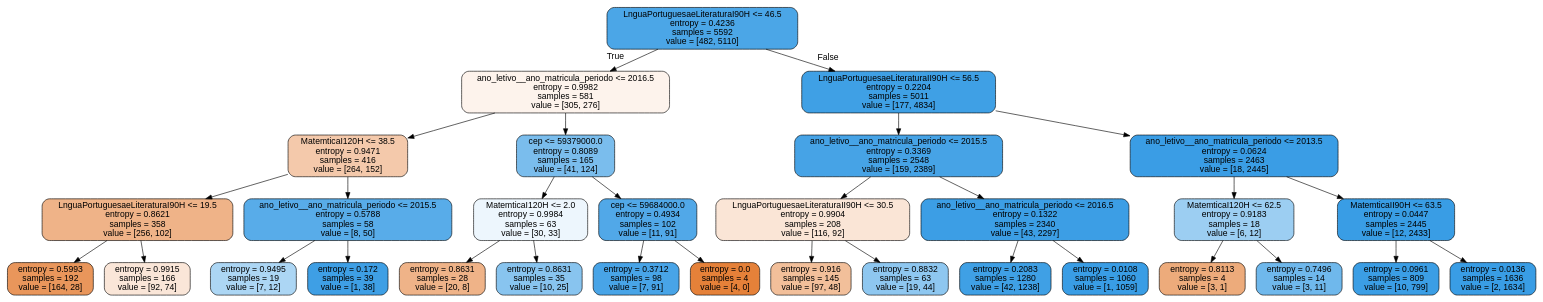
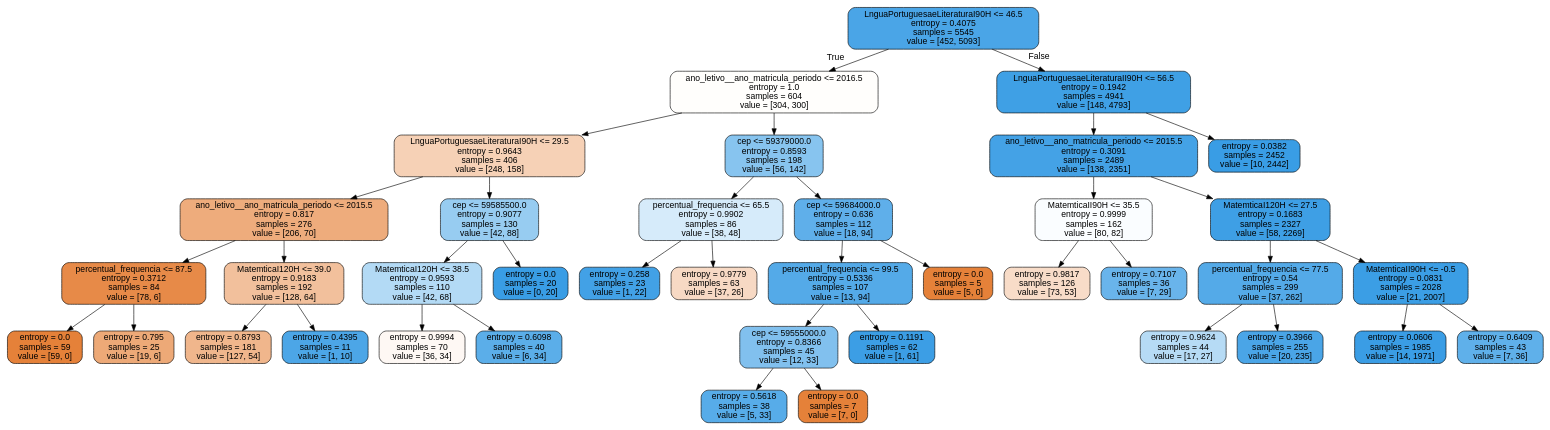
The diagram in versao_2/tree_red.dot (tmedeirosb/modelo_ifrn_integrado), drawn with Graphviz before and after one commit. The commit also changed 7 other files, not shown here.

```diff
--- a/versao_2/tree_red.dot
+++ b/versao_2/tree_red.dot
@@ -1,65 +1,81 @@
 digraph Tree {
 node [shape=box, style="filled, rounded", color="black", fontname=helvetica] ;
 edge [fontname=helvetica] ;
-0 [label="LnguaPortuguesaeLiteraturaI90H <= 46.5\nentropy = 0.4236\nsamples = 5592\nvalue = [482, 5110]", fillcolor="#399de5e7"] ;
-1 [label="ano_letivo__ano_matricula_periodo <= 2016.5\nentropy = 0.9982\nsamples = 581\nvalue = [305, 276]", fillcolor="#e5813918"] ;
+0 [label="LnguaPortuguesaeLiteraturaI90H <= 46.5\nentropy = 0.4075\nsamples = 5545\nvalue = [452, 5093]", fillcolor="#399de5e8"] ;
+1 [label="ano_letivo__ano_matricula_periodo <= 2016.5\nentropy = 1.0\nsamples = 604\nvalue = [304, 300]", fillcolor="#e5813903"] ;
 0 -> 1 [labeldistance=2.5, labelangle=45, headlabel="True"] ;
-7 [label="MatemticaI120H <= 38.5\nentropy = 0.9471\nsamples = 416\nvalue = [264, 152]", fillcolor="#e581396c"] ;
-1 -> 7 ;
-9 [label="LnguaPortuguesaeLiteraturaI90H <= 19.5\nentropy = 0.8621\nsamples = 358\nvalue = [256, 102]", fillcolor="#e5813999"] ;
-7 -> 9 ;
-13 [label="entropy = 0.5993\nsamples = 192\nvalue = [164, 28]", fillcolor="#e58139d3"] ;
-9 -> 13 ;
-14 [label="entropy = 0.9915\nsamples = 166\nvalue = [92, 74]", fillcolor="#e5813932"] ;
-9 -> 14 ;
-10 [label="ano_letivo__ano_matricula_periodo <= 2015.5\nentropy = 0.5788\nsamples = 58\nvalue = [8, 50]", fillcolor="#399de5d6"] ;
-7 -> 10 ;
-25 [label="entropy = 0.9495\nsamples = 19\nvalue = [7, 12]", fillcolor="#399de56a"] ;
-10 -> 25 ;
-26 [label="entropy = 0.172\nsamples = 39\nvalue = [1, 38]", fillcolor="#399de5f8"] ;
-10 -> 26 ;
-8 [label="cep <= 59379000.0\nentropy = 0.8089\nsamples = 165\nvalue = [41, 124]", fillcolor="#399de5ab"] ;
-1 -> 8 ;
-17 [label="MatemticaI120H <= 2.0\nentropy = 0.9984\nsamples = 63\nvalue = [30, 33]", fillcolor="#399de517"] ;
-8 -> 17 ;
-27 [label="entropy = 0.8631\nsamples = 28\nvalue = [20, 8]", fillcolor="#e5813999"] ;
-17 -> 27 ;
-28 [label="entropy = 0.8631\nsamples = 35\nvalue = [10, 25]", fillcolor="#399de599"] ;
-17 -> 28 ;
-18 [label="cep <= 59684000.0\nentropy = 0.4934\nsamples = 102\nvalue = [11, 91]", fillcolor="#399de5e0"] ;
-8 -> 18 ;
-21 [label="entropy = 0.3712\nsamples = 98\nvalue = [7, 91]", fillcolor="#399de5eb"] ;
-18 -> 21 ;
-22 [label="entropy = 0.0\nsamples = 4\nvalue = [4, 0]", fillcolor="#e58139ff"] ;
-18 -> 22 ;
-2 [label="LnguaPortuguesaeLiteraturaII90H <= 56.5\nentropy = 0.2204\nsamples = 5011\nvalue = [177, 4834]", fillcolor="#399de5f6"] ;
+9 [label="LnguaPortuguesaeLiteraturaI90H <= 29.5\nentropy = 0.9643\nsamples = 406\nvalue = [248, 158]", fillcolor="#e581395d"] ;
+1 -> 9 ;
+11 [label="ano_letivo__ano_matricula_periodo <= 2015.5\nentropy = 0.817\nsamples = 276\nvalue = [206, 70]", fillcolor="#e58139a8"] ;
+9 -> 11 ;
+15 [label="percentual_frequencia <= 87.5\nentropy = 0.3712\nsamples = 84\nvalue = [78, 6]", fillcolor="#e58139eb"] ;
+11 -> 15 ;
+35 [label="entropy = 0.0\nsamples = 59\nvalue = [59, 0]", fillcolor="#e58139ff"] ;
+15 -> 35 ;
+36 [label="entropy = 0.795\nsamples = 25\nvalue = [19, 6]", fillcolor="#e58139ae"] ;
+15 -> 36 ;
+16 [label="MatemticaI120H <= 39.0\nentropy = 0.9183\nsamples = 192\nvalue = [128, 64]", fillcolor="#e581397f"] ;
+11 -> 16 ;
+29 [label="entropy = 0.8793\nsamples = 181\nvalue = [127, 54]", fillcolor="#e5813993"] ;
+16 -> 29 ;
+30 [label="entropy = 0.4395\nsamples = 11\nvalue = [1, 10]", fillcolor="#399de5e6"] ;
+16 -> 30 ;
+12 [label="cep <= 59585500.0\nentropy = 0.9077\nsamples = 130\nvalue = [42, 88]", fillcolor="#399de585"] ;
+9 -> 12 ;
+27 [label="MatemticaI120H <= 38.5\nentropy = 0.9593\nsamples = 110\nvalue = [42, 68]", fillcolor="#399de561"] ;
+12 -> 27 ;
+37 [label="entropy = 0.9994\nsamples = 70\nvalue = [36, 34]", fillcolor="#e581390e"] ;
+27 -> 37 ;
+38 [label="entropy = 0.6098\nsamples = 40\nvalue = [6, 34]", fillcolor="#399de5d2"] ;
+27 -> 38 ;
+28 [label="entropy = 0.0\nsamples = 20\nvalue = [0, 20]", fillcolor="#399de5ff"] ;
+12 -> 28 ;
+10 [label="cep <= 59379000.0\nentropy = 0.8593\nsamples = 198\nvalue = [56, 142]", fillcolor="#399de59a"] ;
+1 -> 10 ;
+19 [label="percentual_frequencia <= 65.5\nentropy = 0.9902\nsamples = 86\nvalue = [38, 48]", fillcolor="#399de535"] ;
+10 -> 19 ;
+21 [label="entropy = 0.258\nsamples = 23\nvalue = [1, 22]", fillcolor="#399de5f3"] ;
+19 -> 21 ;
+22 [label="entropy = 0.9779\nsamples = 63\nvalue = [37, 26]", fillcolor="#e581394c"] ;
+19 -> 22 ;
+20 [label="cep <= 59684000.0\nentropy = 0.636\nsamples = 112\nvalue = [18, 94]", fillcolor="#399de5ce"] ;
+10 -> 20 ;
+23 [label="percentual_frequencia <= 99.5\nentropy = 0.5336\nsamples = 107\nvalue = [13, 94]", fillcolor="#399de5dc"] ;
+20 -> 23 ;
+31 [label="cep <= 59555000.0\nentropy = 0.8366\nsamples = 45\nvalue = [12, 33]", fillcolor="#399de5a2"] ;
+23 -> 31 ;
+33 [label="entropy = 0.5618\nsamples = 38\nvalue = [5, 33]", fillcolor="#399de5d8"] ;
+31 -> 33 ;
+34 [label="entropy = 0.0\nsamples = 7\nvalue = [7, 0]", fillcolor="#e58139ff"] ;
+31 -> 34 ;
+32 [label="entropy = 0.1191\nsamples = 62\nvalue = [1, 61]", fillcolor="#399de5fb"] ;
+23 -> 32 ;
+24 [label="entropy = 0.0\nsamples = 5\nvalue = [5, 0]", fillcolor="#e58139ff"] ;
+20 -> 24 ;
+2 [label="LnguaPortuguesaeLiteraturaII90H <= 56.5\nentropy = 0.1942\nsamples = 4941\nvalue = [148, 4793]", fillcolor="#399de5f7"] ;
 0 -> 2 [labeldistance=2.5, labelangle=-45, headlabel="False"] ;
-3 [label="ano_letivo__ano_matricula_periodo <= 2015.5\nentropy = 0.3369\nsamples = 2548\nvalue = [159, 2389]", fillcolor="#399de5ee"] ;
+3 [label="ano_letivo__ano_matricula_periodo <= 2015.5\nentropy = 0.3091\nsamples = 2489\nvalue = [138, 2351]", fillcolor="#399de5f0"] ;
 2 -> 3 ;
-5 [label="LnguaPortuguesaeLiteraturaII90H <= 30.5\nentropy = 0.9904\nsamples = 208\nvalue = [116, 92]", fillcolor="#e5813935"] ;
+5 [label="MatemticaII90H <= 35.5\nentropy = 0.9999\nsamples = 162\nvalue = [80, 82]", fillcolor="#399de506"] ;
 3 -> 5 ;
-19 [label="entropy = 0.916\nsamples = 145\nvalue = [97, 48]", fillcolor="#e5813981"] ;
-5 -> 19 ;
-20 [label="entropy = 0.8832\nsamples = 63\nvalue = [19, 44]", fillcolor="#399de591"] ;
-5 -> 20 ;
-6 [label="ano_letivo__ano_matricula_periodo <= 2016.5\nentropy = 0.1322\nsamples = 2340\nvalue = [43, 2297]", fillcolor="#399de5fa"] ;
+25 [label="entropy = 0.9817\nsamples = 126\nvalue = [73, 53]", fillcolor="#e5813946"] ;
+5 -> 25 ;
+26 [label="entropy = 0.7107\nsamples = 36\nvalue = [7, 29]", fillcolor="#399de5c1"] ;
+5 -> 26 ;
+6 [label="MatemticaI120H <= 27.5\nentropy = 0.1683\nsamples = 2327\nvalue = [58, 2269]", fillcolor="#399de5f8"] ;
 3 -> 6 ;
-11 [label="entropy = 0.2083\nsamples = 1280\nvalue = [42, 1238]", fillcolor="#399de5f6"] ;
-6 -> 11 ;
-12 [label="entropy = 0.0108\nsamples = 1060\nvalue = [1, 1059]", fillcolor="#399de5ff"] ;
-6 -> 12 ;
-4 [label="ano_letivo__ano_matricula_periodo <= 2013.5\nentropy = 0.0624\nsamples = 2463\nvalue = [18, 2445]", fillcolor="#399de5fd"] ;
+7 [label="percentual_frequencia <= 77.5\nentropy = 0.54\nsamples = 299\nvalue = [37, 262]", fillcolor="#399de5db"] ;
+6 -> 7 ;
+17 [label="entropy = 0.9624\nsamples = 44\nvalue = [17, 27]", fillcolor="#399de55e"] ;
+7 -> 17 ;
+18 [label="entropy = 0.3966\nsamples = 255\nvalue = [20, 235]", fillcolor="#399de5e9"] ;
+7 -> 18 ;
+8 [label="MatemticaII90H <= -0.5\nentropy = 0.0831\nsamples = 2028\nvalue = [21, 2007]", fillcolor="#399de5fc"] ;
+6 -> 8 ;
+13 [label="entropy = 0.0606\nsamples = 1985\nvalue = [14, 1971]", fillcolor="#399de5fd"] ;
+8 -> 13 ;
+14 [label="entropy = 0.6409\nsamples = 43\nvalue = [7, 36]", fillcolor="#399de5cd"] ;
+8 -> 14 ;
+4 [label="entropy = 0.0382\nsamples = 2452\nvalue = [10, 2442]", fillcolor="#399de5fe"] ;
 2 -> 4 ;
-15 [label="MatemticaI120H <= 62.5\nentropy = 0.9183\nsamples = 18\nvalue = [6, 12]", fillcolor="#399de57f"] ;
-4 -> 15 ;
-29 [label="entropy = 0.8113\nsamples = 4\nvalue = [3, 1]", fillcolor="#e58139aa"] ;
-15 -> 29 ;
-30 [label="entropy = 0.7496\nsamples = 14\nvalue = [3, 11]", fillcolor="#399de5b9"] ;
-15 -> 30 ;
-16 [label="MatemticaII90H <= 63.5\nentropy = 0.0447\nsamples = 2445\nvalue = [12, 2433]", fillcolor="#399de5fe"] ;
-4 -> 16 ;
-23 [label="entropy = 0.0961\nsamples = 809\nvalue = [10, 799]", fillcolor="#399de5fc"] ;
-16 -> 23 ;
-24 [label="entropy = 0.0136\nsamples = 1636\nvalue = [2, 1634]", fillcolor="#399de5ff"] ;
-16 -> 24 ;
 }
```
